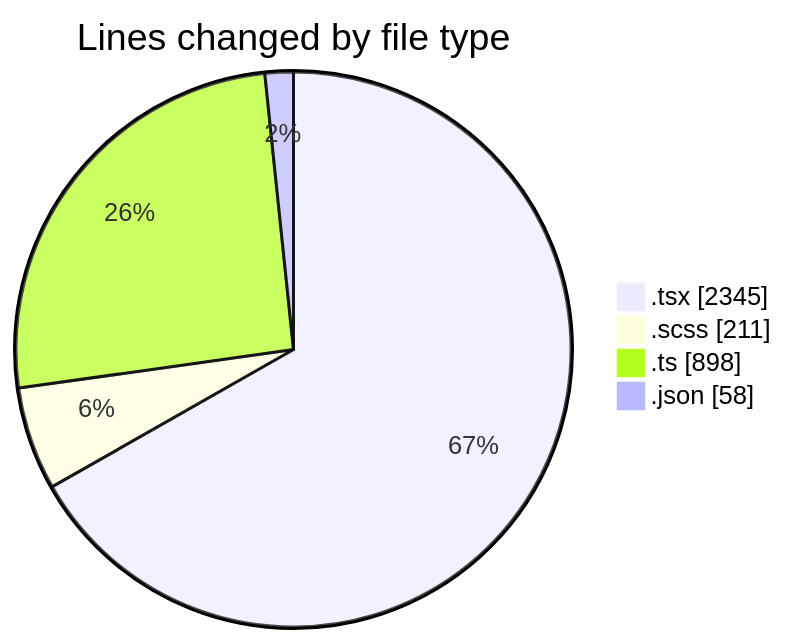
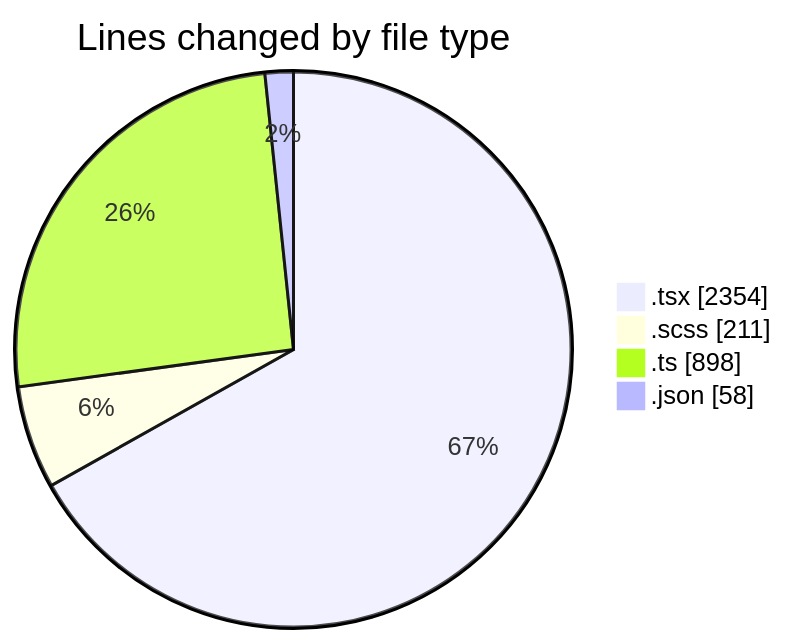
The first of 2 diagrams in 2026-09-04/cda/README.md (momahboobian/code-tracking), drawn with Mermaid before and after one commit. The commit also changed other lines of this file and 1 other file, not shown here.

````diff
--- a/2026-09-04/cda/README.md
+++ b/2026-09-04/cda/README.md
@@ -58,8 +58,8 @@
 ```mermaid
 pie showData
 title Lines changed by file type
-".tsx" : 2345
+".tsx" : 2354
 ".scss" : 211
 ".ts" : 898
 ".json" : 58
 ```
````
